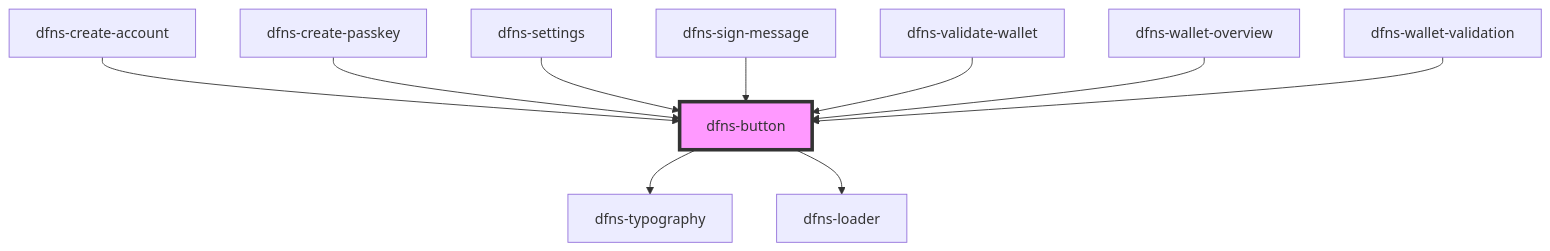
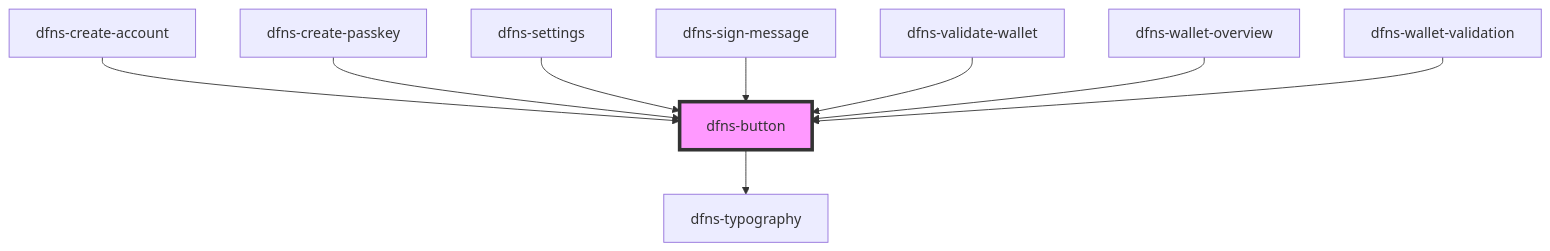
One commit to dfnsext/web-ui changed the diagram in src/components/Elements/Buttons/dfns-button/readme.md. Above: the diagram before and after it, drawn with Mermaid. The commit also changed other lines of this file and 23 other files, not shown here.

````diff
--- a/src/components/Elements/Buttons/dfns-button/readme.md
+++ b/src/components/Elements/Buttons/dfns-button/readme.md
@@ -51,13 +50,12 @@
 ```mermaid
 graph TD;
   dfns-button --> dfns-typography
-  dfns-button --> dfns-loader
   dfns-create-account --> dfns-button
   dfns-create-passkey --> dfns-button
   dfns-settings --> dfns-button
   dfns-sign-message --> dfns-button
   dfns-validate-wallet --> dfns-button
   dfns-wallet-overview --> dfns-button
   dfns-wallet-validation --> dfns-button
   style dfns-button fill:#f9f,stroke:#333,stroke-width:4px
 ```
````
